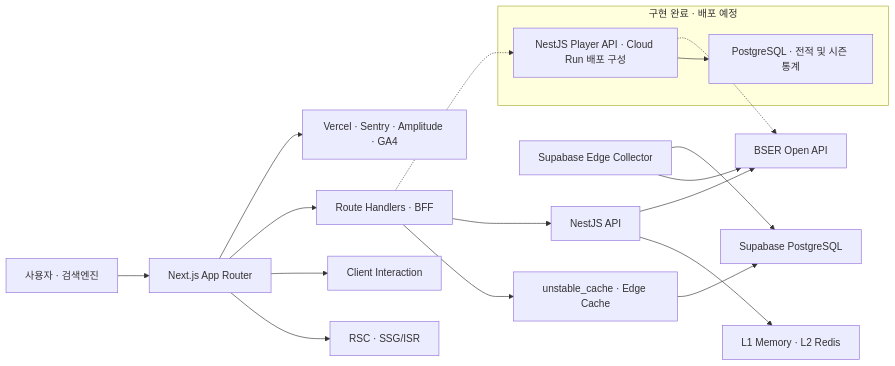
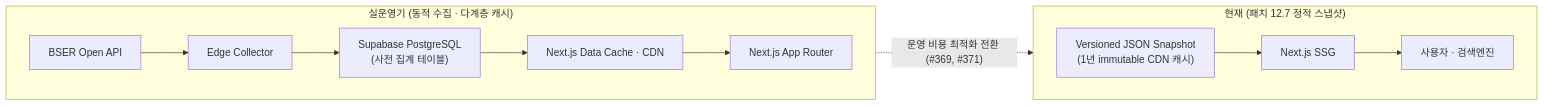
The diagram in README.md (BellYun/ERMeta), drawn with Mermaid before and after one commit. The commit also changed other lines of this file, not shown here.

````diff
--- a/README.md
+++ b/README.md
@@ -83,22 +62,18 @@
 ```mermaid
 flowchart LR
-  USER["사용자 · 검색엔진"] --> NEXT["Next.js App Router"]
-  NEXT --> RSC["RSC · SSG/ISR"]
-  NEXT --> CLIENT["Client Interaction"]
-  NEXT --> BFF["Route Handlers · BFF"]
-  BFF --> CACHE["unstable_cache · Edge Cache"]
-  CACHE --> DB["Supabase PostgreSQL"]
-  BFF --> NEST["NestJS API"]
-  NEST --> REDIS["L1 Memory · L2 Redis"]
-  NEST --> BSER["BSER Open API"]
-  BFF -.-> PLAYER
-  subgraph PLANNED["구현 완료 · 배포 예정"]
-    PLAYER["NestJS Player API · Cloud Run 배포 구성"]
-    HISTORY["PostgreSQL · 전적 및 시즌 통계"]
-    PLAYER --> HISTORY
+  subgraph ACTIVE["실운영기 (동적 수집 · 다계층 캐시)"]
+    direction LR
+    BSER["BSER Open API"] --> COLLECTOR["Edge Collector"]
+    COLLECTOR --> DB["Supabase PostgreSQL<br/>(사전 집계 테이블)"]
+    DB --> CACHE["Next.js Data Cache · CDN"]
+    CACHE --> APP1["Next.js App Router"]
   end
-  PLAYER -.-> BSER
-  COLLECTOR["Supabase Edge Collector"] --> BSER
-  COLLECTOR --> DB
-  NEXT --> OBS["Vercel · Sentry · Amplitude · GA4"]
+
+  subgraph STATIC["현재 (패치 12.7 정적 스냅샷)"]
+    direction LR
+    SNAP["Versioned JSON Snapshot<br/>(1년 immutable CDN 캐시)"] --> APP2["Next.js SSG"]
+    APP2 --> USER["사용자 · 검색엔진"]
+  end
+
+  ACTIVE -. "운영 비용 최적화 전환 (#369, #371)" .-> STATIC
 ```
````
